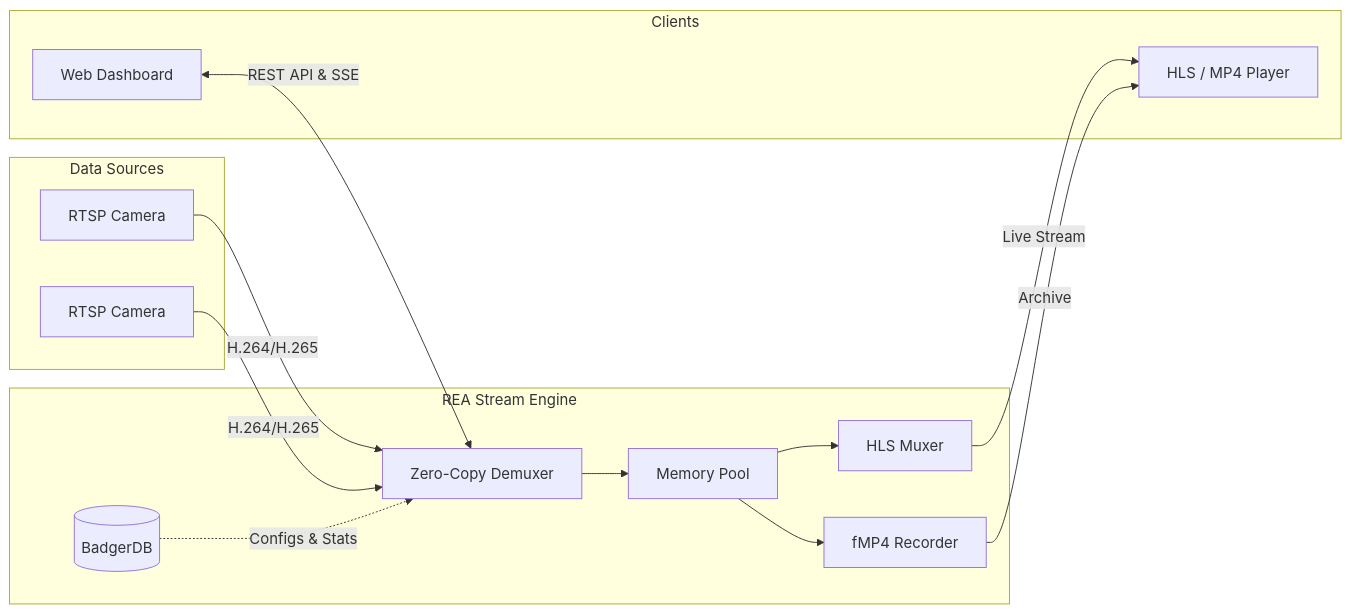
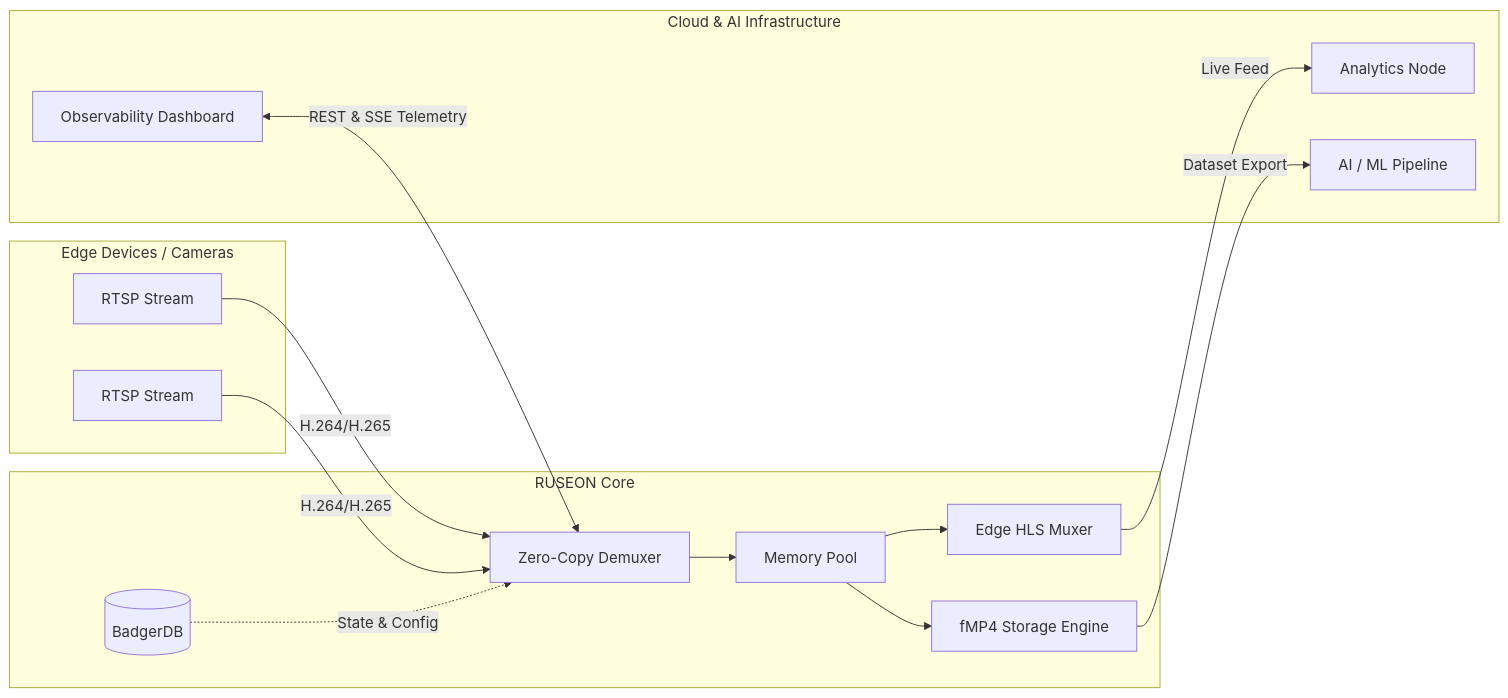
The diagram in README.md (RUSEGAL/ruseon-core), drawn with Mermaid before and after one commit. The commit also changed other lines of this file and 7 other files, not shown here.

````diff
--- a/README.md
+++ b/README.md
@@ -47,29 +41,30 @@
 ```mermaid
 graph LR
-  subgraph Sources [Data Sources]
-    Cam1[RTSP Camera]
-    Cam2[RTSP Camera]
+  subgraph Edge [Edge Devices / Cameras]
+    Cam1[RTSP Stream]
+    Cam2[RTSP Stream]
   end
 
-  subgraph Engine [REA Stream Engine]
+  subgraph Engine [RUSEON Core]
     Demux[Zero-Copy Demuxer]
     Pool[Memory Pool]
-    HLS[HLS Muxer]
-    Rec[fMP4 Recorder]
+    HLS[Edge HLS Muxer]
+    Rec[fMP4 Storage Engine]
     DB[(BadgerDB)]
   end
 
-  subgraph Clients [Clients]
-    Browser[Web Dashboard]
-    Player[HLS / MP4 Player]
+  subgraph Cloud [Cloud & AI Infrastructure]
+    Browser[Observability Dashboard]
+    Player[Analytics Node]
+    AI[AI / ML Pipeline]
   end
 
   Cam1 & Cam2 -->|H.264/H.265| Demux
   Demux --> Pool
   Pool --> HLS
   Pool --> Rec
-  DB -.->|Configs & Stats| Demux
-  HLS -->|Live Stream| Player
-  Rec -->|Archive| Player
-  Browser <-->|REST API & SSE| Demux
+  DB -.->|State & Config| Demux
+  HLS -->|Live Feed| Player
+  Rec -->|Dataset Export| AI
+  Browser <-->|REST & SSE Telemetry| Demux
 ```
````
